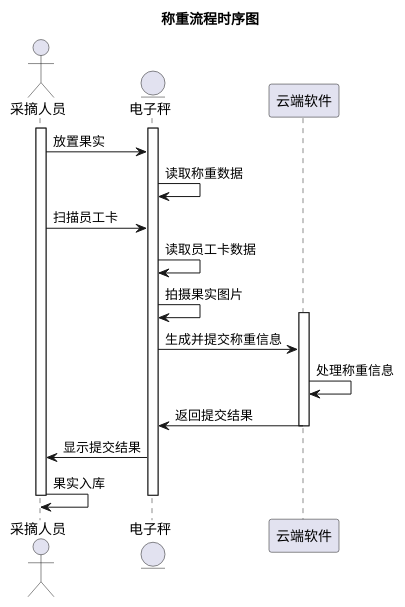
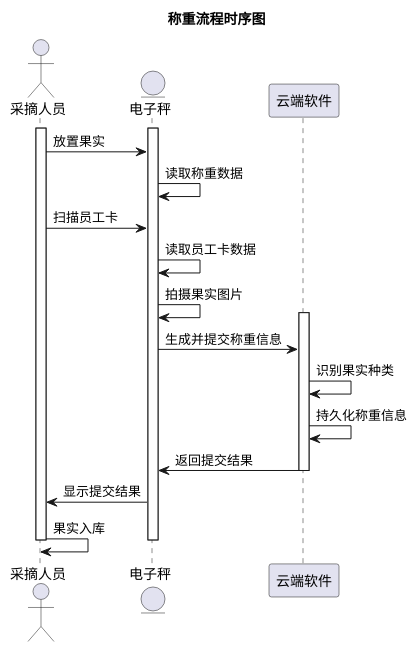
Before and after one commit to akynazh/aws: the diagram in design/称重流程时序图.puml, drawn with PlantUML. The commit also changed 17 other files, not shown here.

```diff
--- a/design/称重流程时序图.puml
+++ b/design/称重流程时序图.puml
@@ -1,24 +1,25 @@
 @startuml 称重流程时序图
 title 称重流程时序图
 
 actor 采摘人员 as staff
 entity 电子秤 as scale
 participant 云端软件 as server
 
 activate staff
 activate scale
 staff->scale: 放置果实
 scale->scale: 读取称重数据
 staff->scale: 扫描员工卡
 scale->scale: 读取员工卡数据
 scale->scale: 拍摄果实图片
 activate server
 scale->server: 生成并提交称重信息
-server->server: 处理称重信息
+server->server: 识别果实种类
+server->server: 持久化称重信息
 server->scale: 返回提交结果
 deactivate server
 scale->staff: 显示提交结果
 staff->staff: 果实入库
 deactivate scale
 deactivate staff
 @enduml
```
